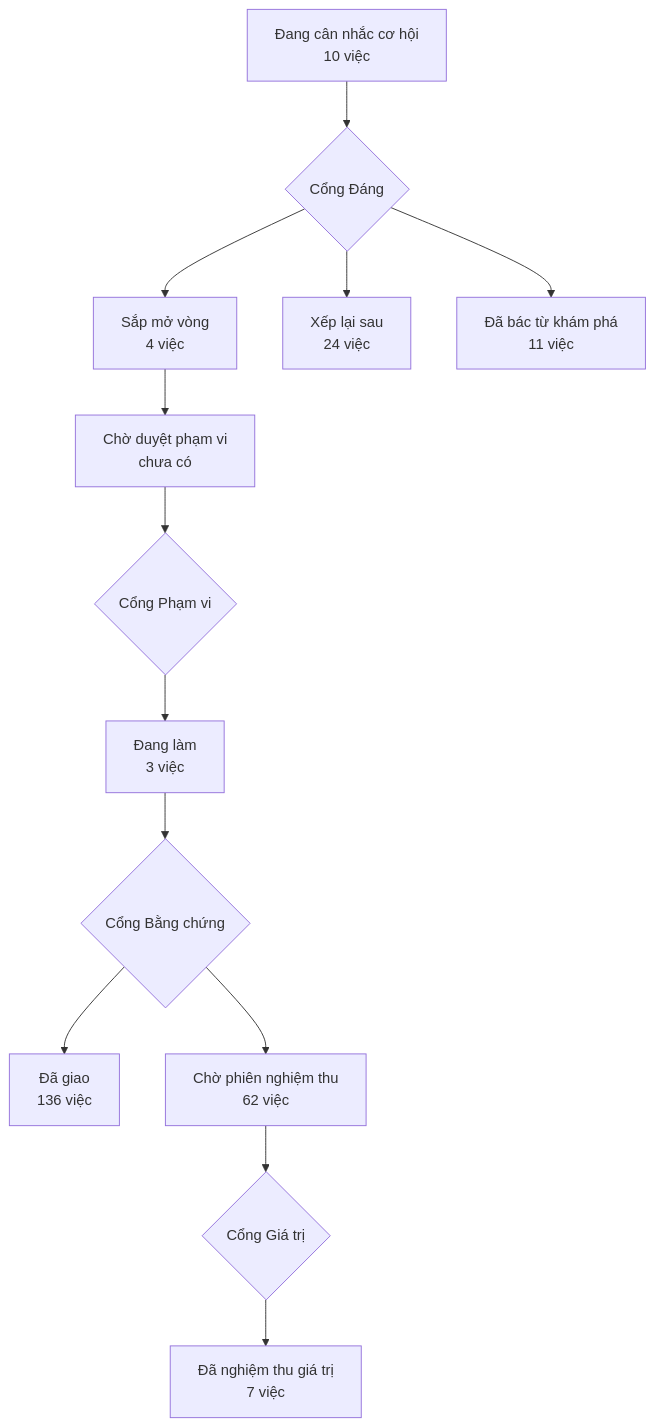
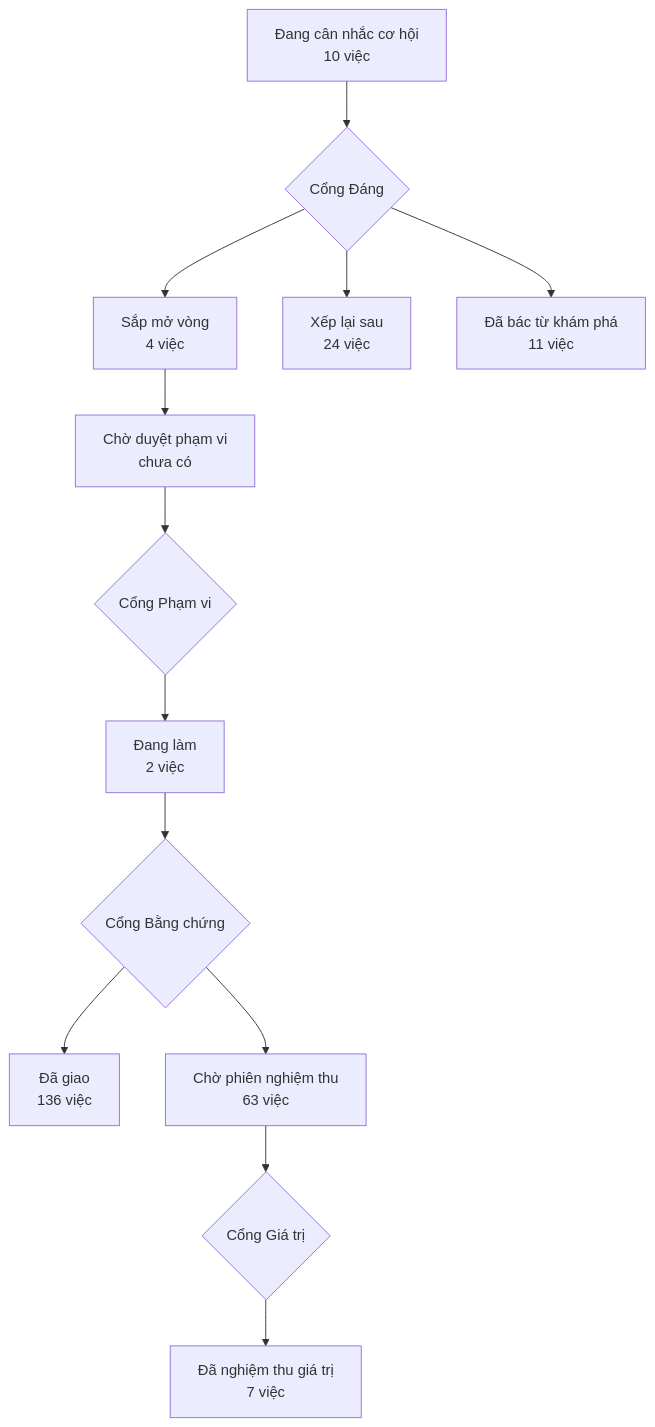
The diagram in PRODUCT-MAP.md (phanlemanh/acceptance-gate-kit), drawn with Mermaid before and after one commit. The commit also changed 5 other files, not shown here.

````diff
--- a/PRODUCT-MAP.md
+++ b/PRODUCT-MAP.md
@@ -7,12 +7,12 @@
 ```mermaid
 flowchart TD
   A["Đang cân nhắc cơ hội<br/>10 việc"] --> GD{"Cổng Đáng"}
   GD --> B["Sắp mở vòng<br/>4 việc"]
   GD --> XL["Xếp lại sau<br/>24 việc"]
   GD --> DB["Đã bác từ khám phá<br/>11 việc"]
   B --> CD["Chờ duyệt phạm vi<br/>chưa có"] --> GP{"Cổng Phạm vi"}
-  GP --> DL["Đang làm<br/>3 việc"] --> GB{"Cổng Bằng chứng"}
+  GP --> DL["Đang làm<br/>2 việc"] --> GB{"Cổng Bằng chứng"}
   GB --> DG["Đã giao<br/>136 việc"]
-  GB --> CN["Chờ phiên nghiệm thu<br/>62 việc"] --> GG{"Cổng Giá trị"}
+  GB --> CN["Chờ phiên nghiệm thu<br/>63 việc"] --> GG{"Cổng Giá trị"}
   GG --> NT["Đã nghiệm thu giá trị<br/>7 việc"]
 ```
````
